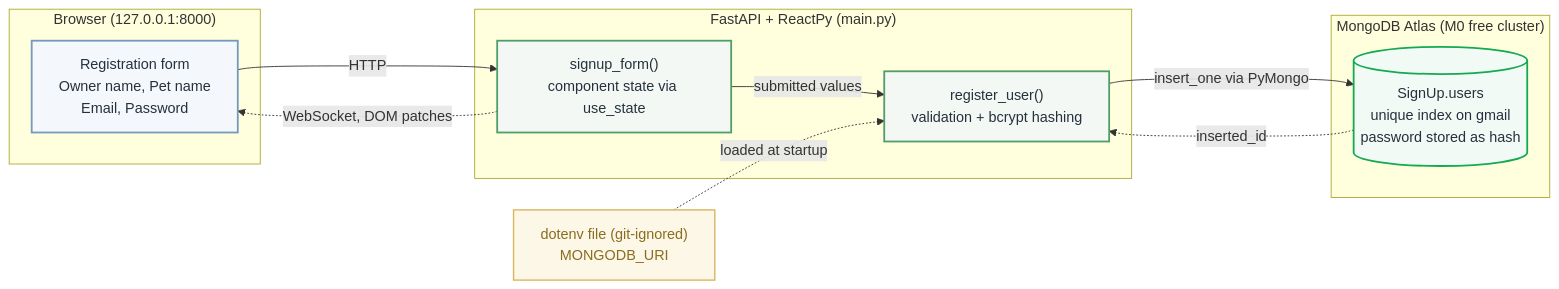
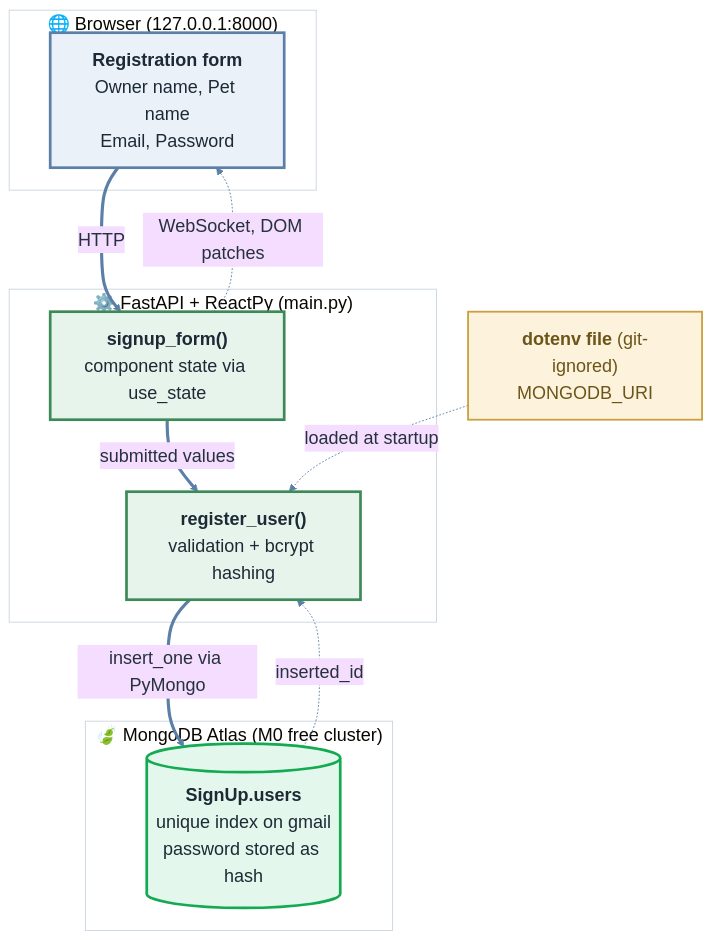
The diagram in README.md (DushanKanishka/Baw-Baw-MongoDB-App), drawn with Mermaid before and after one commit. The commit also changed other lines of this file, not shown here.

````diff
--- a/README.md
+++ b/README.md
@@ -67,34 +66,43 @@
 ```mermaid
-flowchart LR
-    subgraph BROWSER["Browser (127.0.0.1:8000)"]
-        FORM["Registration form<br/>Owner name, Pet name<br/>Email, Password"]
+%%{init: {'theme':'base', 'themeVariables': {
+  'fontSize':'20px',
+  'fontFamily':'Segoe UI, Helvetica, Arial, sans-serif',
+  'background':'#ffffff',
+  'primaryTextColor':'#26313d',
+  'lineColor':'#5b7fa6',
+  'clusterBkg':'#ffffff',
+  'clusterBorder':'#c9d4de'
+}}}%%
+flowchart TB
+    subgraph BROWSER["🌐 Browser (127.0.0.1:8000)"]
+        FORM["<b>Registration form</b><br/>Owner name, Pet name<br/>Email, Password"]
     end
 
-    subgraph SERVER["FastAPI + ReactPy (main.py)"]
-        UI["signup_form()<br/>component state via use_state"]
-        LOGIC["register_user()<br/>validation + bcrypt hashing"]
+    subgraph SERVER["⚙️ FastAPI + ReactPy (main.py)"]
+        UI["<b>signup_form()</b><br/>component state via use_state"]
+        LOGIC["<b>register_user()</b><br/>validation + bcrypt hashing"]
     end
 
-    subgraph ATLAS["MongoDB Atlas (M0 free cluster)"]
-        DB[("SignUp.users<br/>unique index on gmail<br/>password stored as hash")]
+    subgraph ATLAS["🍃 MongoDB Atlas (M0 free cluster)"]
+        DB[("<b>SignUp.users</b><br/>unique index on gmail<br/>password stored as hash")]
     end
 
-    ENV["dotenv file (git-ignored)<br/>MONGODB_URI"]
+    ENV["<b>dotenv file</b> (git-ignored)<br/>MONGODB_URI"]
 
-    FORM -->|"HTTP"| UI
+    FORM ==>|"HTTP"| UI
     UI -.->|"WebSocket, DOM patches"| FORM
-    UI -->|"submitted values"| LOGIC
-    LOGIC -->|"insert_one via PyMongo"| DB
+    UI ==>|"submitted values"| LOGIC
+    LOGIC ==>|"insert_one via PyMongo"| DB
     DB -.->|"inserted_id"| LOGIC
     ENV -.->|"loaded at startup"| LOGIC
 
-    classDef browserBox fill:#f4f7fb,stroke:#7399bf,stroke-width:2px,color:#26313d
-    classDef serverBox fill:#f3f8f4,stroke:#4f9d69,stroke-width:2px,color:#26313d
-    classDef dbBox fill:#f2faf5,stroke:#13aa52,stroke-width:2px,color:#26313d
-    classDef envBox fill:#fdf7e8,stroke:#d9b45c,stroke-width:1.5px,color:#8a6d1f
+    classDef browserBox fill:#eaf1f9,stroke:#5b7fa6,stroke-width:3px,color:#1d2a36
+    classDef serverBox fill:#e7f4ec,stroke:#3d8a58,stroke-width:3px,color:#1d2a36
+    classDef dbBox fill:#e3f7ec,stroke:#13aa52,stroke-width:3px,color:#1d2a36
+    classDef envBox fill:#fdf3dc,stroke:#c99f3f,stroke-width:2px,color:#6b5518
 
     class FORM browserBox
     class UI,LOGIC serverBox
     class DB dbBox
     class ENV envBox
 ```
````
